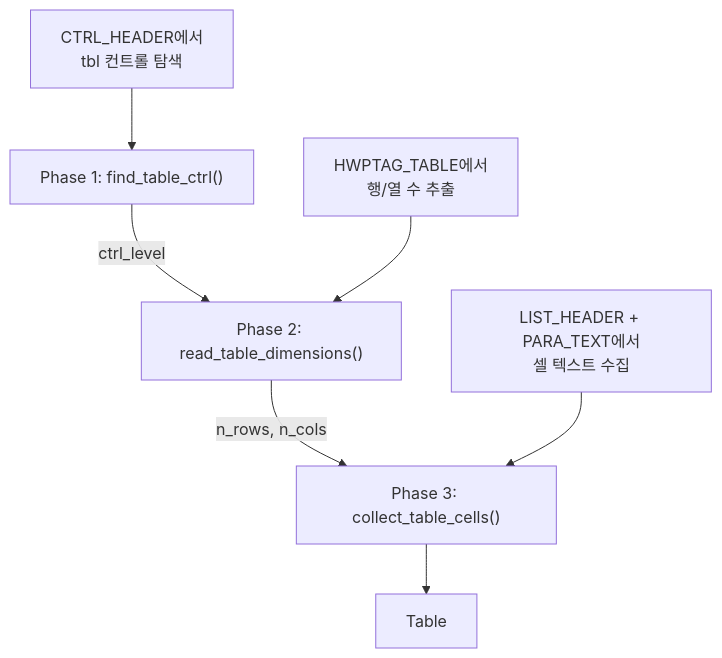
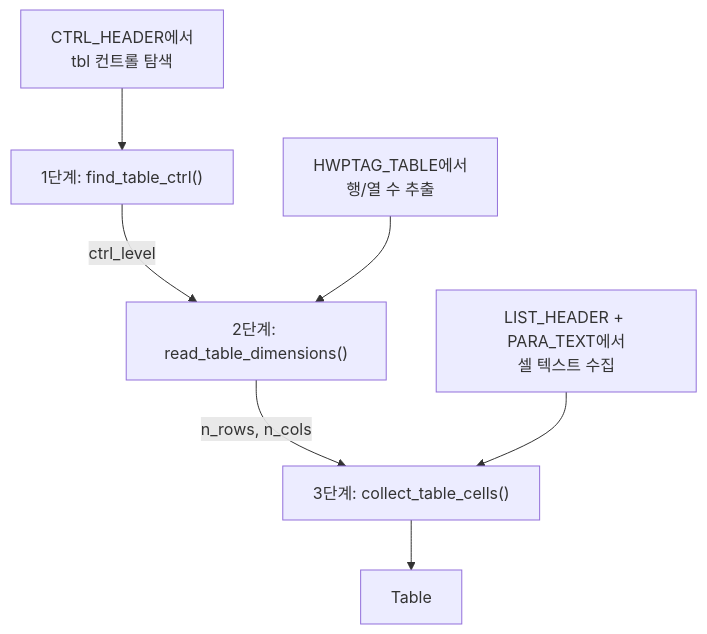
One commit to ureca-corp/document_parser changed the fourth of 4 diagrams in docs/architecture.md. Above: the diagram before and after it, drawn with Mermaid. The commit also changed other lines of this file and 7 other files, not shown here.

````diff
--- a/docs/architecture.md
+++ b/docs/architecture.md
@@ -179,10 +179,10 @@
 ```mermaid
 flowchart TD
-    A["Phase 1: find_table_ctrl()"] -->|"ctrl_level"| B["Phase 2: read_table_dimensions()"]
-    B -->|"n_rows, n_cols"| C["Phase 3: collect_table_cells()"]
+    A["1단계: find_table_ctrl()"] -->|"ctrl_level"| B["2단계: read_table_dimensions()"]
+    B -->|"n_rows, n_cols"| C["3단계: collect_table_cells()"]
     C --> D["Table"]
 
     A1["CTRL_HEADER에서\ntbl 컨트롤 탐색"] --> A
     B1["HWPTAG_TABLE에서\n행/열 수 추출"] --> B
     C1["LIST_HEADER + PARA_TEXT에서\n셀 텍스트 수집"] --> C
 ```
````
